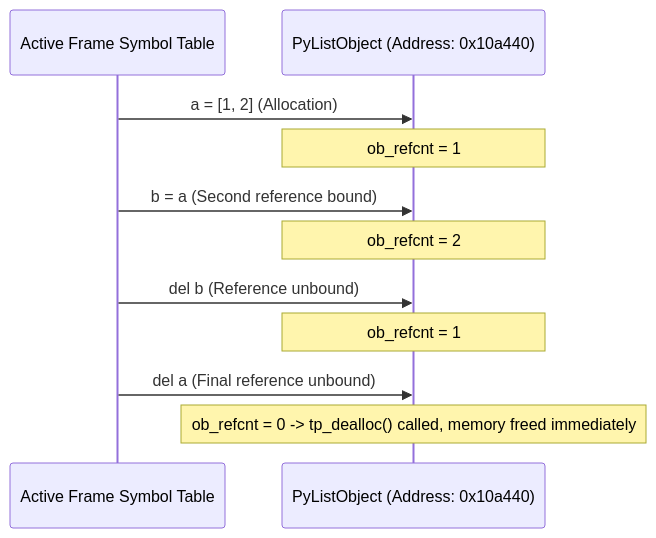
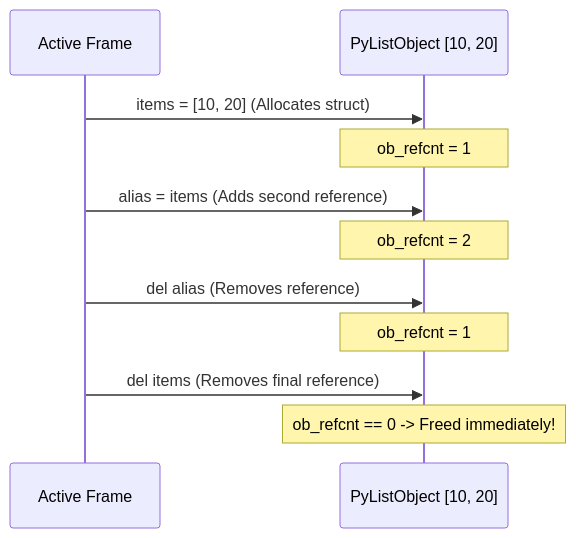
One commit to AchuAshwath/Cthru-Python changed the second of 3 diagrams in src/content/docs/foundations/the-pyobject.mdx. Above: the diagram before and after it, drawn with Mermaid. The commit also changed other lines of this file and 3 other files, not shown here.

````diff
--- a/src/content/docs/foundations/the-pyobject.mdx
+++ b/src/content/docs/foundations/the-pyobject.mdx
@@ -104,17 +105,17 @@
 ```mermaid
 sequenceDiagram
-    participant Frame as Active Frame Symbol Table
-    participant Heap as PyListObject (Address: 0x10a440)
+    participant Scope as Active Frame
+    participant Heap as PyListObject [10, 20]
 
-    Frame->>Heap: a = [1, 2] (Allocation)
+    Scope->>Heap: items = [10, 20] (Allocates struct)
     Note over Heap: ob_refcnt = 1
 
-    Frame->>Heap: b = a (Second reference bound)
+    Scope->>Heap: alias = items (Adds second reference)
     Note over Heap: ob_refcnt = 2
 
-    Frame->>Heap: del b (Reference unbound)
+    Scope->>Heap: del alias (Removes reference)
     Note over Heap: ob_refcnt = 1
 
-    Frame->>Heap: del a (Final reference unbound)
-    Note over Heap: ob_refcnt = 0 -> tp_dealloc() called, memory freed immediately
+    Scope->>Heap: del items (Removes final reference)
+    Note over Heap: ob_refcnt == 0 -> Freed immediately!
 ```
````
